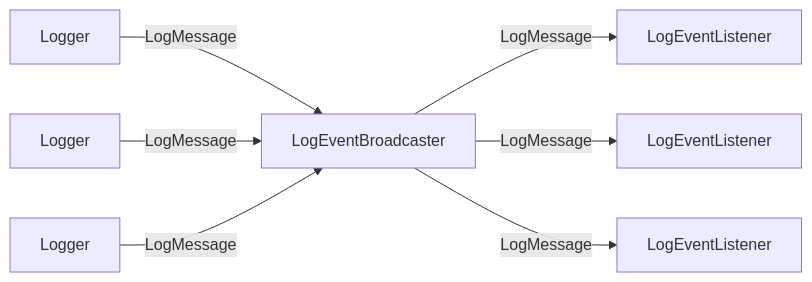
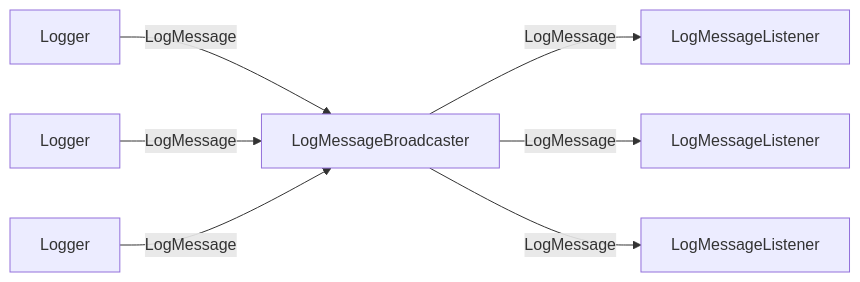
Before and after one commit to alfu32/klog: the first of 2 diagrams in README.md, drawn with Mermaid. The commit also changed other lines of this file, not shown here.

````diff
--- a/README.md
+++ b/README.md
@@ -12,10 +12,10 @@
 ```mermaid
   flowchart LR
 
-  A[Logger] -->|LogMessage| N[LogEventBroadcaster]
-  B[Logger] -->|LogMessage| N[LogEventBroadcaster]
-  C[Logger] -->|LogMessage| N[LogEventBroadcaster]
-  N[LogEventBroadcaster]-->|LogMessage| X[LogEventListener]
-  N[LogEventBroadcaster]-->|LogMessage| Y[LogEventListener]
-  N[LogEventBroadcaster]-->|LogMessage| Z[LogEventListener]
+  A[Logger] -->|LogMessage| N[LogMessageBroadcaster]
+  B[Logger] -->|LogMessage| N[LogMessageBroadcaster]
+  C[Logger] -->|LogMessage| N[LogMessageBroadcaster]
+  N[LogMessageBroadcaster]-->|LogMessage| X[LogMessageListener]
+  N[LogMessageBroadcaster]-->|LogMessage| Y[LogMessageListener]
+  N[LogMessageBroadcaster]-->|LogMessage| Z[LogMessageListener]
 ```
````
